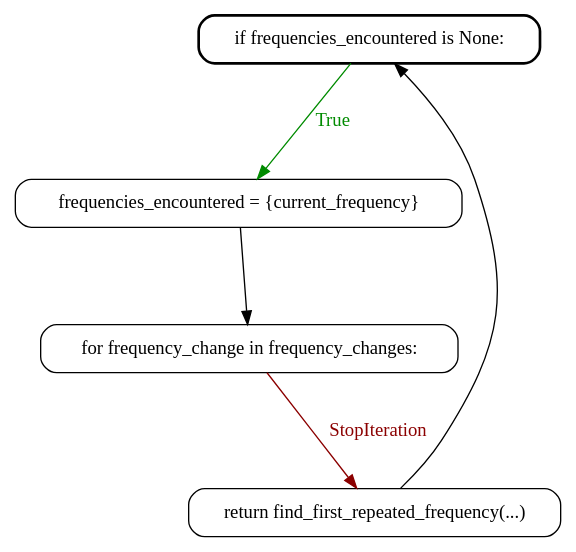
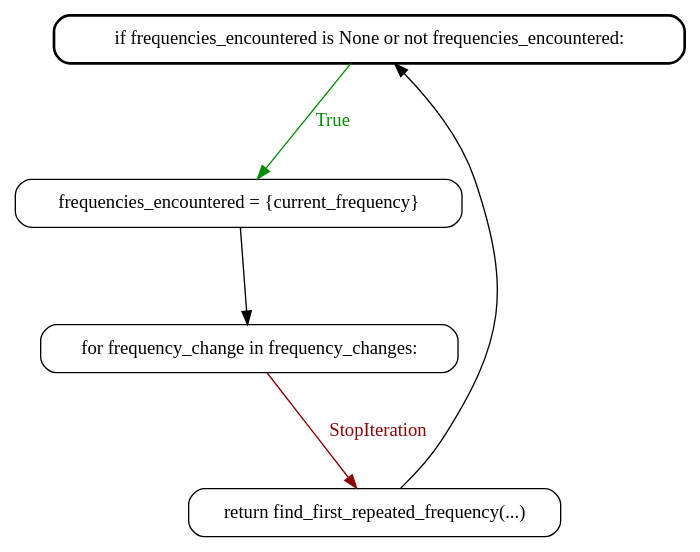
Before and after one commit to LukaBerkers/aoc18_py: the diagram in paths/day_1.find_first_repeated_frequency/9.dot, drawn with Graphviz. The commit also changed 13 other files, not shown here.

First line of the commit message:
fix: handle empty `frequencies_encountered` in frequency tracker

```diff
--- a/paths/day_1.find_first_repeated_frequency/9.dot
+++ b/paths/day_1.find_first_repeated_frequency/9.dot
@@ -1,14 +1,14 @@
 strict digraph 9 {
     ranksep="1.0";
     node[shape="box",style="rounded",fontname="FiraCode Nerd Font"];
     edge[fontname="FiraCode Nerd Font"];
-    1[label="if frequencies_encountered is None:",style="rounded, bold"];
+    1[label="if frequencies_encountered is None or not frequencies_encountered:",style="rounded, bold"];
     3[label="frequencies_encountered = {current_frequency}"];
     2[label="for frequency_change in frequency_changes:"];
     4[label="return find_first_repeated_frequency(...)"];
-    1[label="if frequencies_encountered is None:",style="rounded, bold"];
+    1[label="if frequencies_encountered is None or not frequencies_encountered:",style="rounded, bold"];
     1 -> 3 [label="True",color=green4,fontcolor=green4];
     3 -> 2 ;
     2 -> 4 [label="StopIteration",color=red4,fontcolor=red4];
     4 -> 1 ;
 }
```
